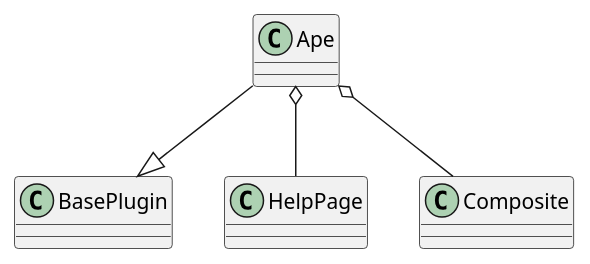
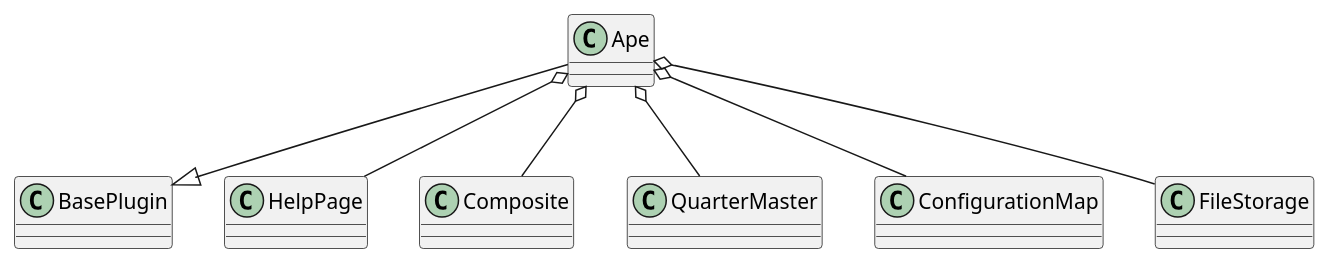
The fourth of 4 diagrams in ape/plugins/apeplugin.rst (russell-n/theape), drawn with PlantUML before and after one commit. The commit also changed other lines of this file and 94 other files, not shown here.

Commit message:
added the oatbran and started the time-map. Also added the FileStorage to the ApePlugin to save configuration files

```diff
--- a/ape/plugins/apeplugin.rst
+++ b/ape/plugins/apeplugin.rst
@@ -131,5 +144,8 @@
 .. uml::
 
    Ape --|> BasePlugin
    Ape o-- HelpPage
    Ape o-- Composite
+   Ape o-- QuarterMaster
+   Ape o-- ConfigurationMap
+   Ape o-- FileStorage
```
